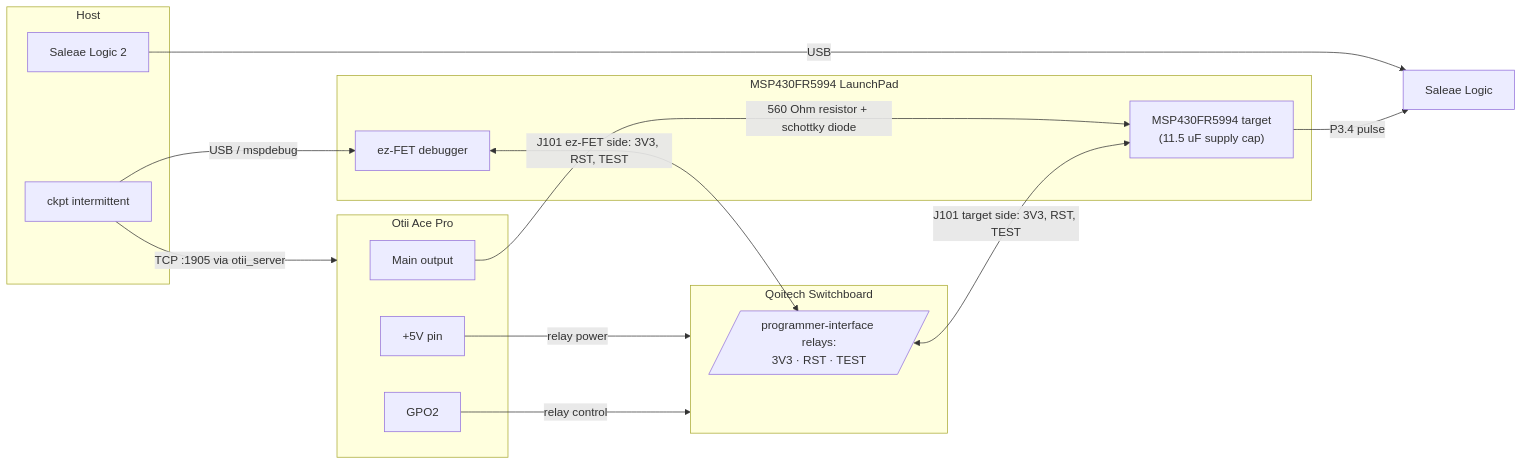
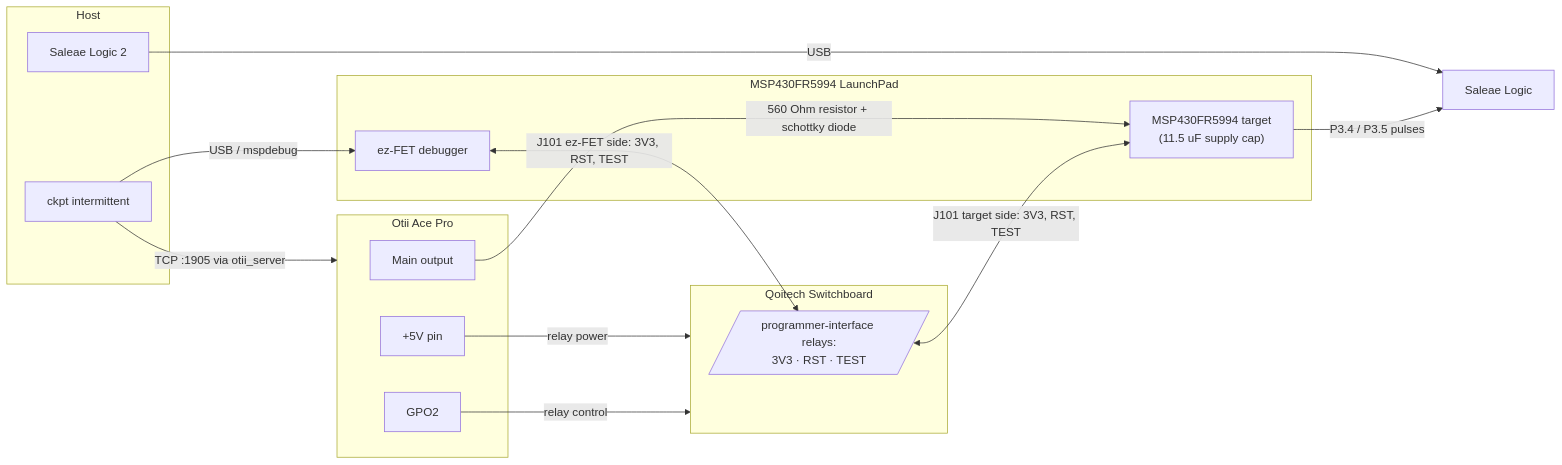
Before and after one commit to byeongjee/bao: the diagram in docs/intermittent.md, drawn with Mermaid. The commit also changed other lines of this file and 1 other file, not shown here.

Commit message:
Document the P3.5 wait pulses and Saleae channel 1

````diff
--- a/docs/intermittent.md
+++ b/docs/intermittent.md
@@ -35,35 +37,35 @@
 ```mermaid
 flowchart LR
     subgraph HOST[Host]
         ckpt[ckpt intermittent]
         logic2[Saleae Logic 2]
     end
 
     subgraph OTII[Otii Ace Pro]
         main[Main output]
         p5v[+5V pin]
         gpo2[GPO2]
     end
 
     subgraph SB[Qoitech Switchboard]
         relay[/"programmer-interface relays:<br/>3V3 · RST · TEST"/]
     end
 
     subgraph LP[MSP430FR5994 LaunchPad]
         ezfet[ez-FET debugger]
         mcu["MSP430FR5994 target<br/>(11.5 uF supply cap)"]
     end
 
     saleae[Saleae Logic]
 
     ckpt -->|USB / mspdebug| ezfet
     ckpt -->|TCP :1905 via otii_server| OTII
     logic2 -->|USB| saleae
 
     main -->|560 Ohm resistor + schottky diode| mcu
     p5v -->|relay power| SB
     gpo2 -->|relay control| SB
     ezfet <-->|"J101 ez-FET side: 3V3, RST, TEST"| relay
     relay <-->|"J101 target side: 3V3, RST, TEST"| mcu
-    mcu -->|P3.4 pulse| saleae
+    mcu -->|P3.4 / P3.5 pulses| saleae
 ```
````
